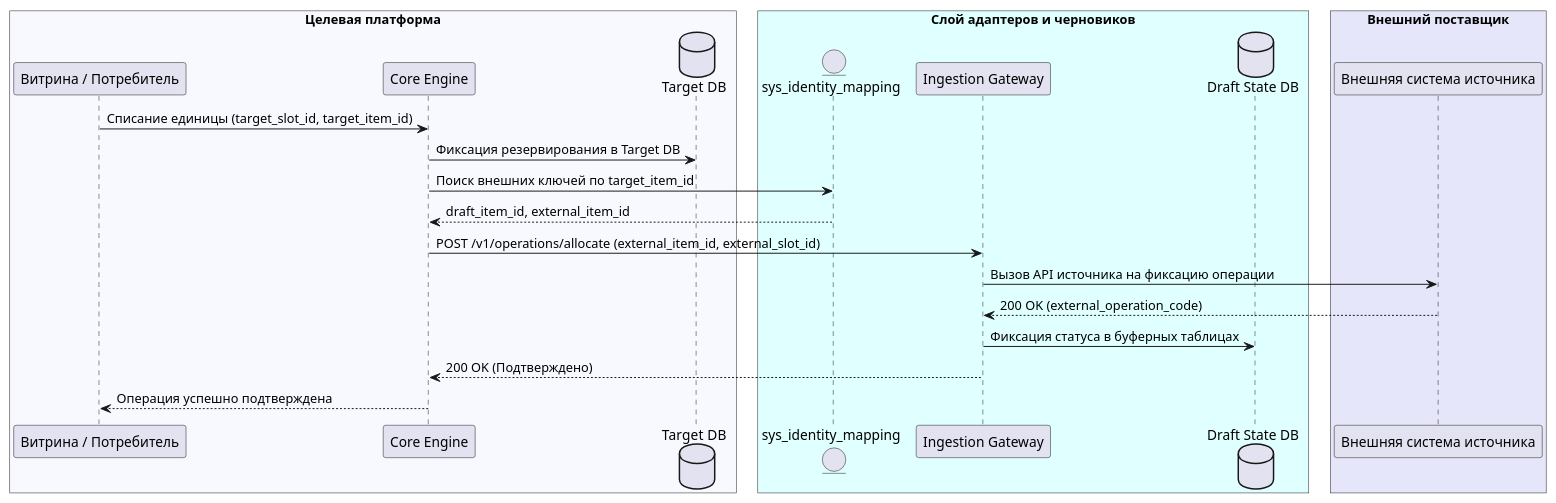
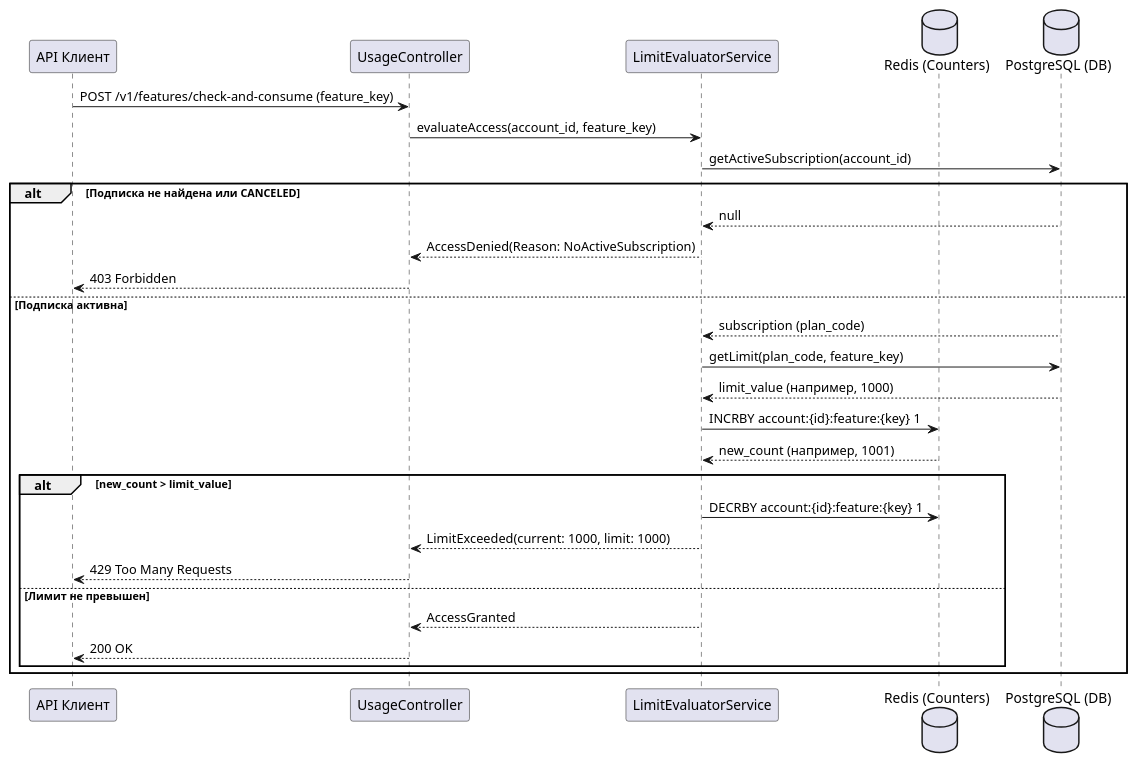
One commit to boboden541/sa-helper changed the third of 3 diagrams in .claude/skills/domain-auditor/examples/ideal_domain_audit.md. Above: the diagram before and after it, drawn with PlantUML. The commit also changed other lines of this file and 10 other files, not shown here.

````diff
--- a/.claude/skills/domain-auditor/examples/ideal_domain_audit.md
+++ b/.claude/skills/domain-auditor/examples/ideal_domain_audit.md
@@ -149,35 +119,35 @@
 ```plantuml
 @startuml
-skinparam BoxPadding 10
+participant "API Клиент" as Client
+participant "UsageController" as Ctrl
+participant "LimitEvaluatorService" as Svc
+database "Redis (Counters)" as Cache
+database "PostgreSQL (DB)" as DB
 
-box "Целевая платформа" #GhostWhite
-participant "Витрина / Потребитель" as Client
-participant "Core Engine" as CORE
-database "Target DB" as TDB
-end box
+Client -> Ctrl: POST /v1/features/check-and-consume (feature_key)
+Ctrl -> Svc: evaluateAccess(account_id, feature_key)
 
-box "Слой адаптеров и черновиков" #LightCyan
-entity "sys_identity_mapping" as IDMAP
-participant "Ingestion Gateway" as GATEWAY
-database "Draft State DB" as DRAFT
-end box
+Svc -> DB: getActiveSubscription(account_id)
+alt Подписка не найдена или CANCELED
+    DB --> Svc: null
+    Svc --> Ctrl: AccessDenied(Reason: NoActiveSubscription)
+    Ctrl --> Client: 403 Forbidden
+else Подписка активна
+    DB --> Svc: subscription (plan_code)
+    Svc -> DB: getLimit(plan_code, feature_key)
+    DB --> Svc: limit_value (например, 1000)
 
-box "Внешний поставщик" #Lavender
-participant "Внешняя система источника" as EXT
-end box
+    Svc -> Cache: INCRBY account:{id}:feature:{key} 1
+    Cache --> Svc: new_count (например, 1001)
 
-Client -> CORE: Списание единицы (target_slot_id, target_item_id)
-CORE -> TDB: Фиксация резервирования в Target DB
-
-CORE -> IDMAP: Поиск внешних ключей по target_item_id
-IDMAP --> CORE: draft_item_id, external_item_id
-
-CORE -> GATEWAY: POST /v1/operations/allocate (external_item_id, external_slot_id)
-GATEWAY -> EXT: Вызов API источника на фиксацию операции
-EXT --> GATEWAY: 200 OK (external_operation_code)
-
-GATEWAY -> DRAFT: Фиксация статуса в буферных таблицах
-GATEWAY --> CORE: 200 OK (Подтверждено)
-CORE --> Client: Операция успешно подтверждена
+    alt new_count > limit_value
+        Svc -> Cache: DECRBY account:{id}:feature:{key} 1
+        Svc --> Ctrl: LimitExceeded(current: 1000, limit: 1000)
+        Ctrl --> Client: 429 Too Many Requests
+    else Лимит не превышен
+        Svc --> Ctrl: AccessGranted
+        Ctrl --> Client: 200 OK
+    end
+end
 @enduml
 ```
````
